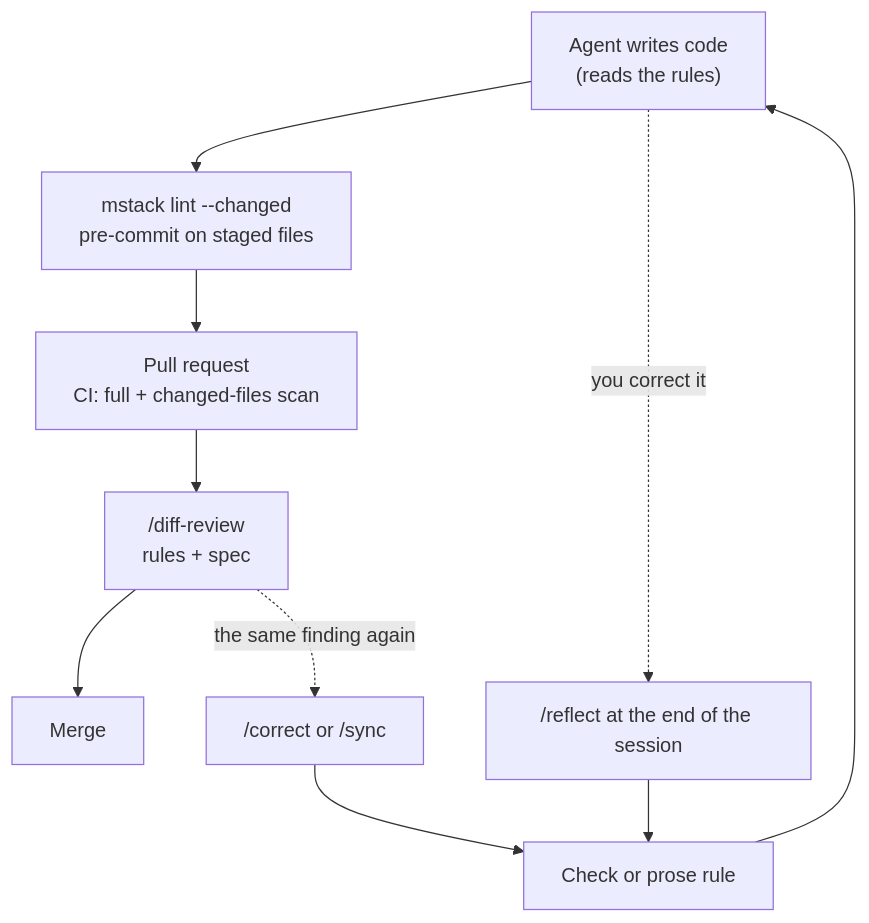
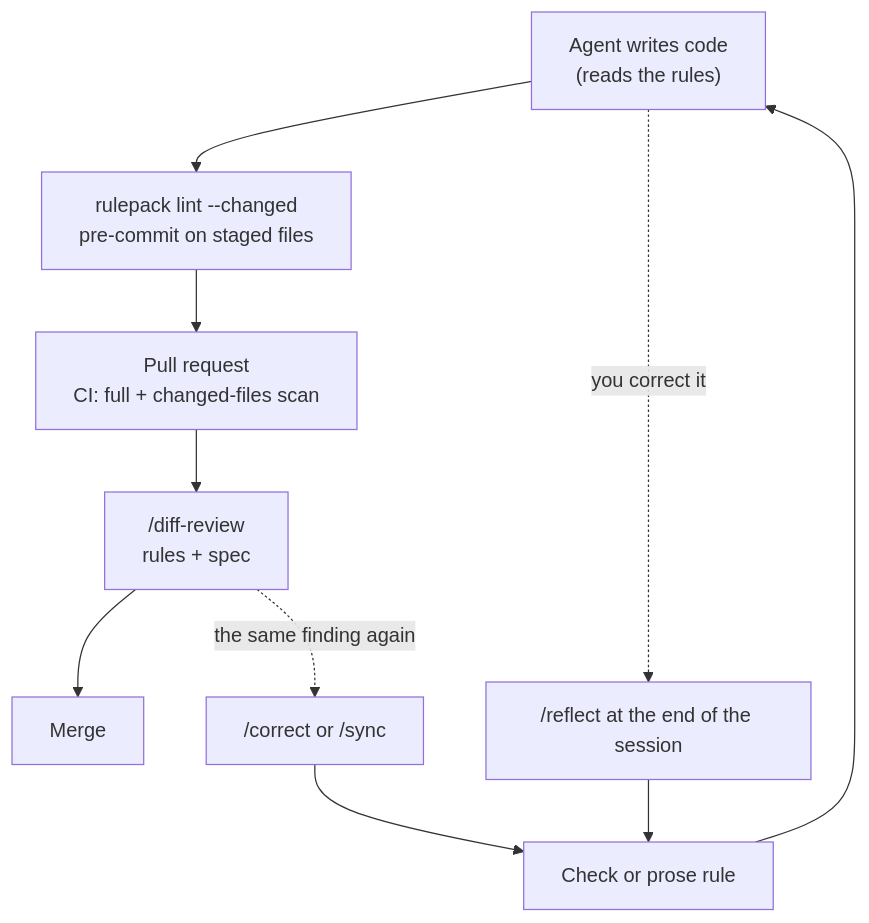
Before and after one commit to justmatias/mstack: the second of 2 diagrams in docs/workflow.md, drawn with Mermaid. The commit also changed other lines of this file and 76 other files, not shown here.

````diff
--- a/docs/workflow.md
+++ b/docs/workflow.md
@@ -58,12 +58,12 @@
 ```mermaid
 flowchart TD
-    write["Agent writes code<br/>(reads the rules)"] --> local["mstack lint --changed<br/>pre-commit on staged files"]
+    write["Agent writes code<br/>(reads the rules)"] --> local["rulepack lint --changed<br/>pre-commit on staged files"]
     local --> pr["Pull request<br/>CI: full + changed-files scan"]
     pr --> rev["/diff-review<br/>rules + spec"]
     rev --> merge["Merge"]
     write -. "you correct it" .-> refl["/reflect at the end of the session"]
     rev -. "the same finding again" .-> corr["/correct or /sync"]
     refl --> rules["Check or prose rule"]
     corr --> rules
     rules --> write
 ```
````
